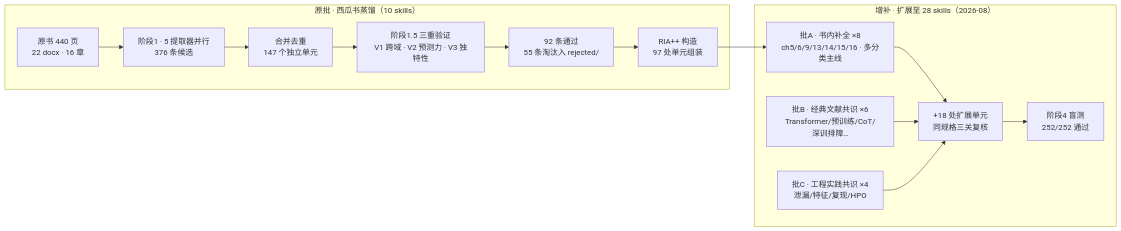
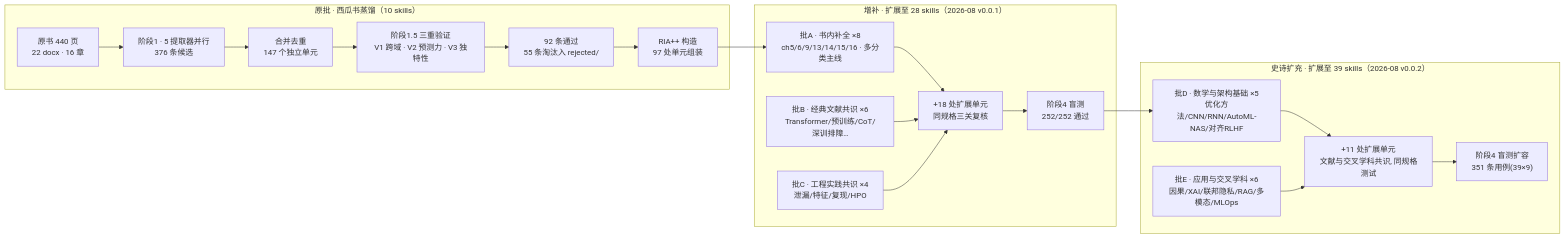
One commit to fieldlu/Machine-learning-skills changed the diagram in README.md. Above: the diagram before and after it, drawn with Mermaid. The commit also changed other lines of this file and 26 other files, not shown here.

First line of the commit message:
feat: v0.0.2 — epic expansion to 39 skills, full ML coverage

````diff
--- a/README.md
+++ b/README.md
@@ -178,22 +210,32 @@
 ```mermaid
 graph LR
     subgraph ORIG["原批 · 西瓜书蒸馏（10 skills）"]
         A["原书 440 页<br/>22 docx · 16 章"] --> B["阶段1 · 5 提取器并行<br/>376 条候选"]
         B --> C["合并去重<br/>147 个独立单元"]
         C --> D["阶段1.5 三重验证<br/>V1 跨域 · V2 预测力 · V3 独特性"]
         D --> E["92 条通过<br/>55 条淘汰入 rejected/"]
         E --> F["RIA++ 构造<br/>97 处单元组装"]
     end
-    subgraph EXT["增补 · 扩展至 28 skills（2026-08）"]
+    subgraph EXT["增补 · 扩展至 28 skills（2026-08 v0.0.1）"]
         G["批A · 书内补全 ×8<br/>ch5/6/9/13/14/15/16 · 多分类主线"]
         H["批B · 经典文献共识 ×6<br/>Transformer/预训练/CoT/深训排障…"]
         I["批C · 工程实践共识 ×4<br/>泄漏/特征/复现/HPO"]
         J["+18 处扩展单元<br/>同规格三关复核"]
         K["阶段4 盲测<br/>252/252 通过"]
     end
+    subgraph EPIC["史诗扩充 · 扩展至 39 skills（2026-08 v0.0.2）"]
+        L["批D · 数学与架构基础 ×5<br/>优化方法/CNN/RNN/AutoML-NAS/对齐RLHF"]
+        M["批E · 应用与交叉学科 ×6<br/>因果/XAI/联邦隐私/RAG/多模态/MLOps"]
+        N["+11 处扩展单元<br/>文献与交叉学科共识, 同规格测试"]
+        O["阶段4 盲测扩容<br/>351 条用例(39×9)"]
+    end
     F --> G
     G --> J
     H --> J
     I --> J
     J --> K
+    K --> L
+    L --> N
+    M --> N
+    N --> O
 ```
````
